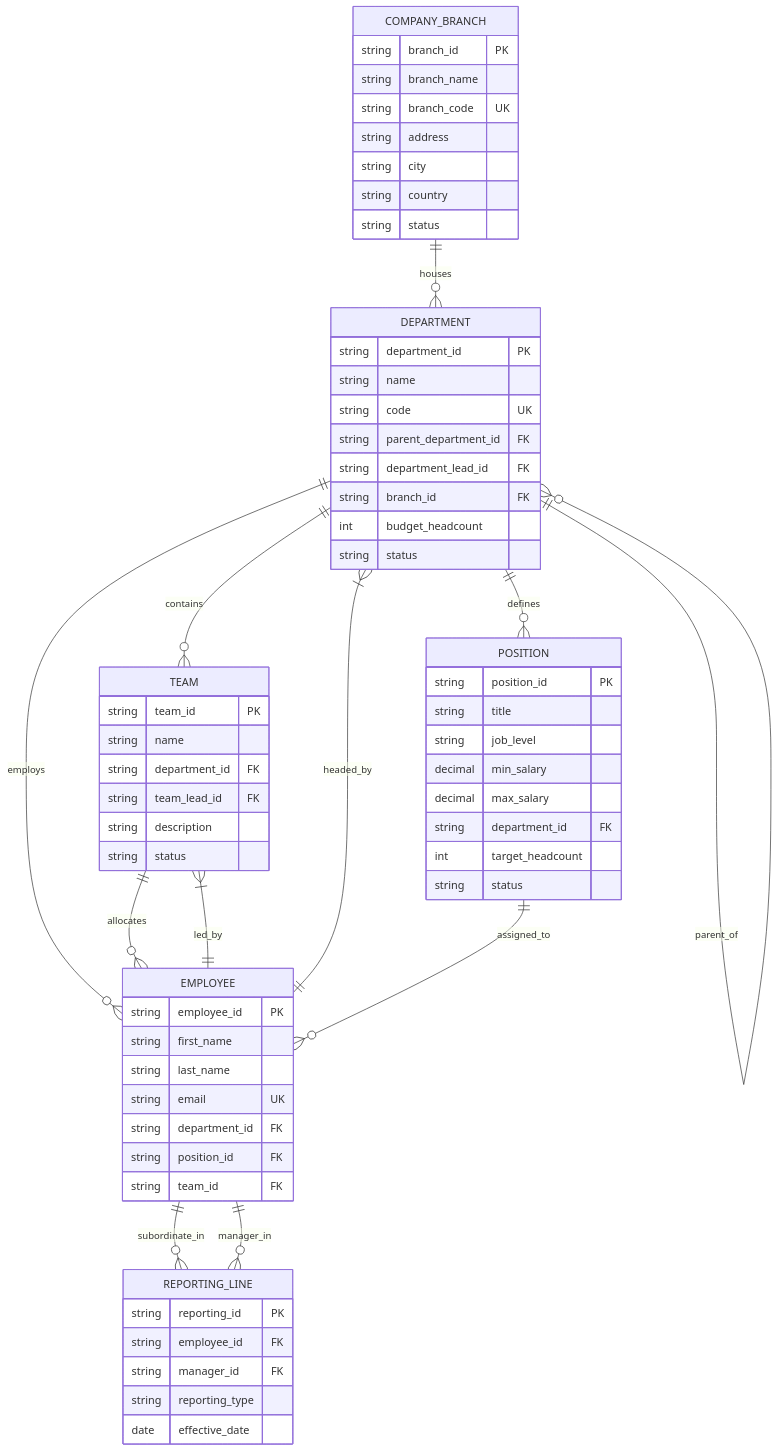
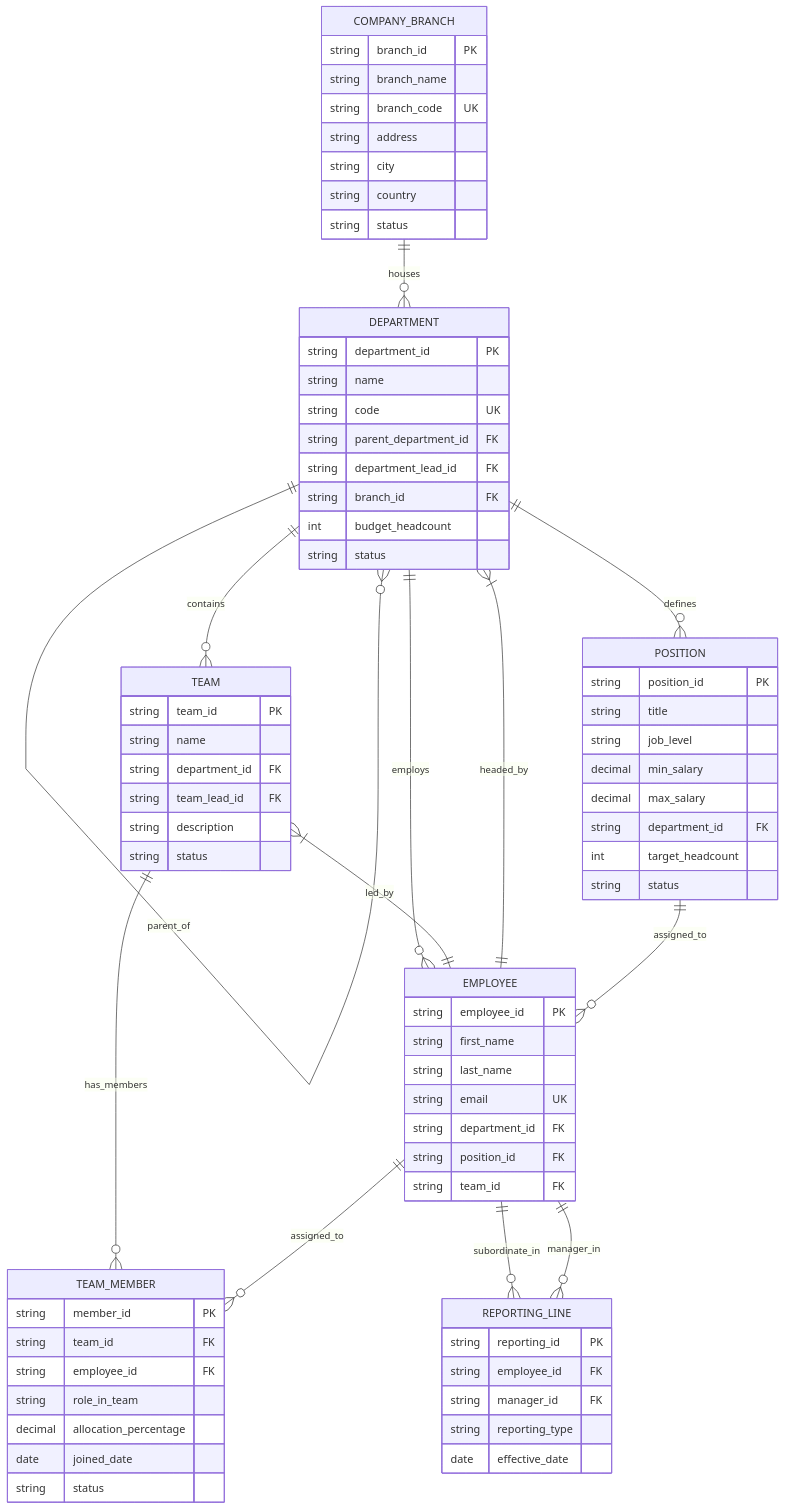
One commit to votrongdao/Copilot.HR changed the diagram in databases/Organization.md. Above: the diagram before and after it, drawn with Mermaid. The commit also changed other lines of this file and 18 other files, not shown here.

Commit message:
Break erd

```diff
--- a/databases/Organization.md
+++ b/databases/Organization.md
@@ -14,7 +14,8 @@
     DEPARTMENT ||--o{ POSITION : "defines"
     DEPARTMENT ||--o{ EMPLOYEE : "employs"
     
-    TEAM ||--o{ EMPLOYEE : "allocates"
+    TEAM ||--o{ TEAM_MEMBER : "has_members"
+    EMPLOYEE ||--o{ TEAM_MEMBER : "assigned_to"
     TEAM }|--|| EMPLOYEE : "led_by"
     DEPARTMENT }|--|| EMPLOYEE : "headed_by"
     
@@ -52,6 +53,16 @@
         string status
     }
 
+    TEAM_MEMBER {
+        string member_id PK
+        string team_id FK
+        string employee_id FK
+        string role_in_team
+        decimal allocation_percentage
+        date joined_date
+        string status
+    }
+
     POSITION {
         string position_id PK
         string title
```
